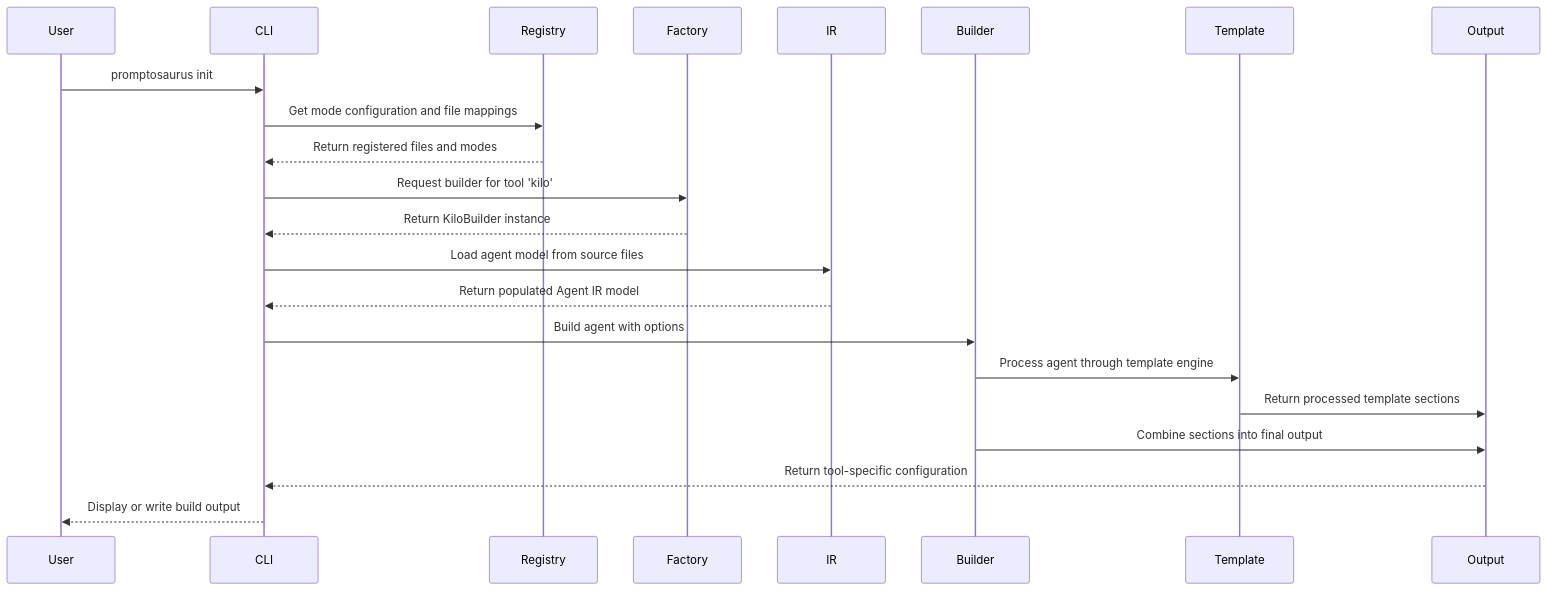
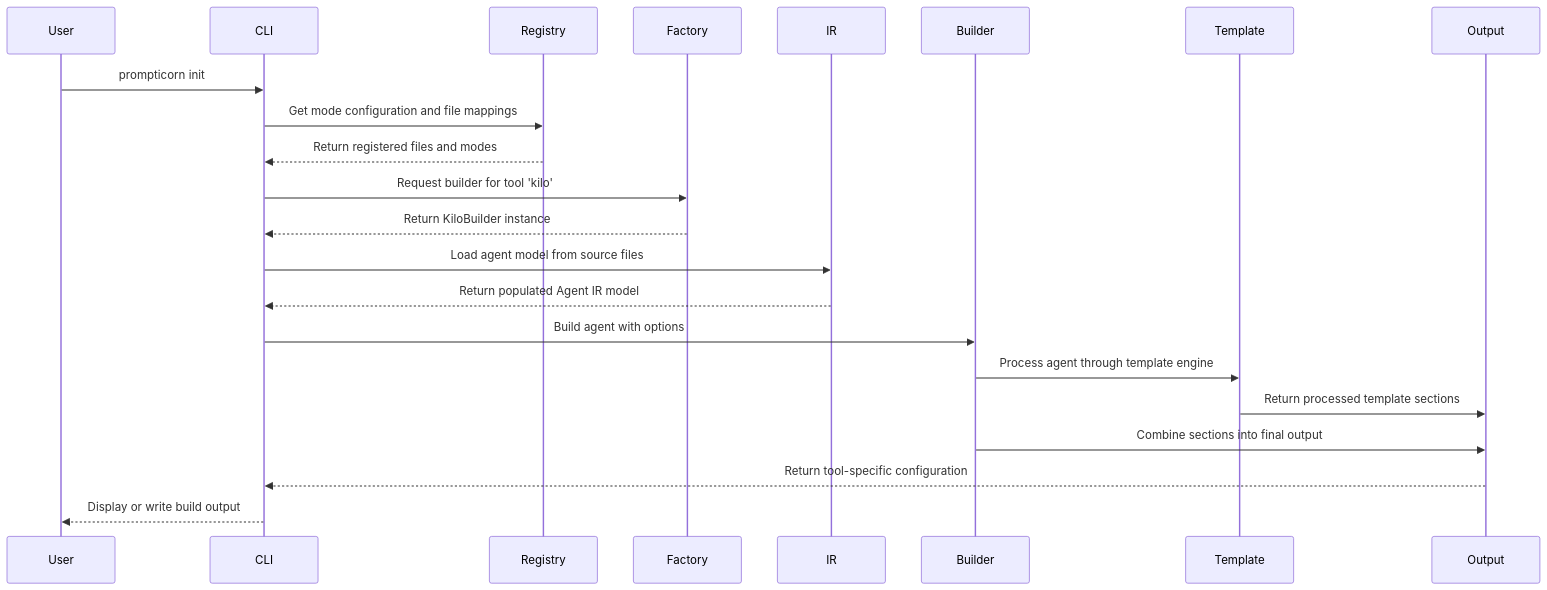
One commit to snoodleboot-io/prompticorn changed the second of 2 diagrams in docs/architecture/ARCHITECTURE_OVERVIEW.md. Above: the diagram before and after it, drawn with Mermaid. The commit also changed other lines of this file and 1325 other files, not shown here.

First line of the commit message:
feat: rebrand promptosaurus → prompticorn

````diff
--- a/docs/architecture/ARCHITECTURE_OVERVIEW.md
+++ b/docs/architecture/ARCHITECTURE_OVERVIEW.md
@@ -131,25 +131,25 @@
 ```mermaid
 sequenceDiagram
     participant User
     participant CLI
     participant Registry
     participant Factory
     participant IR
     participant Builder
     participant Template
     participant Output
     
-    User->>CLI: promptosaurus init
+    User->>CLI: prompticorn init
     CLI->>Registry: Get mode configuration and file mappings
     Registry-->>CLI: Return registered files and modes
     CLI->>Factory: Request builder for tool 'kilo'
     Factory-->>CLI: Return KiloBuilder instance
     CLI->>IR: Load agent model from source files
     IR-->>CLI: Return populated Agent IR model
     CLI->>Builder: Build agent with options
     Builder->>Template: Process agent through template engine
     Template->>Output: Return processed template sections
     Builder->>Output: Combine sections into final output
     Output-->>CLI: Return tool-specific configuration
     CLI-->>User: Display or write build output
 ```
````
